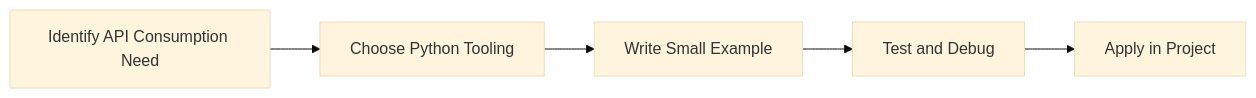
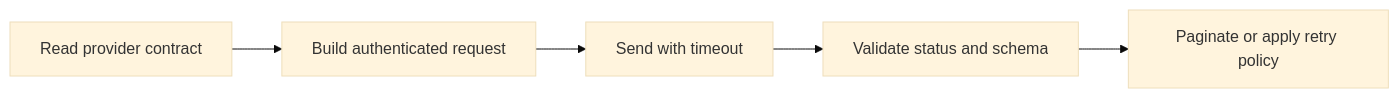
Before and after one commit to SYMOIZ/E-Learning-Portal: the diagram in Python-Mastery/Intermediate/24-api-consumption.md, drawn with Mermaid (base theme). The commit also changed other lines of this file and 116 other files, not shown here.

````diff
--- a/Python-Mastery/Intermediate/24-api-consumption.md
+++ b/Python-Mastery/Intermediate/24-api-consumption.md
@@ -133,7 +164,7 @@
 ```mermaid
 flowchart LR
-    A[Identify API Consumption Need] --> B[Choose Python Tooling]
-    B --> C[Write Small Example]
-    C --> D[Test and Debug]
-    D --> E[Apply in Project]
+    A[Read provider contract] --> B[Build authenticated request]
+    B --> C[Send with timeout]
+    C --> D[Validate status and schema]
+    D --> E[Paginate or apply retry policy]
 ```
````
